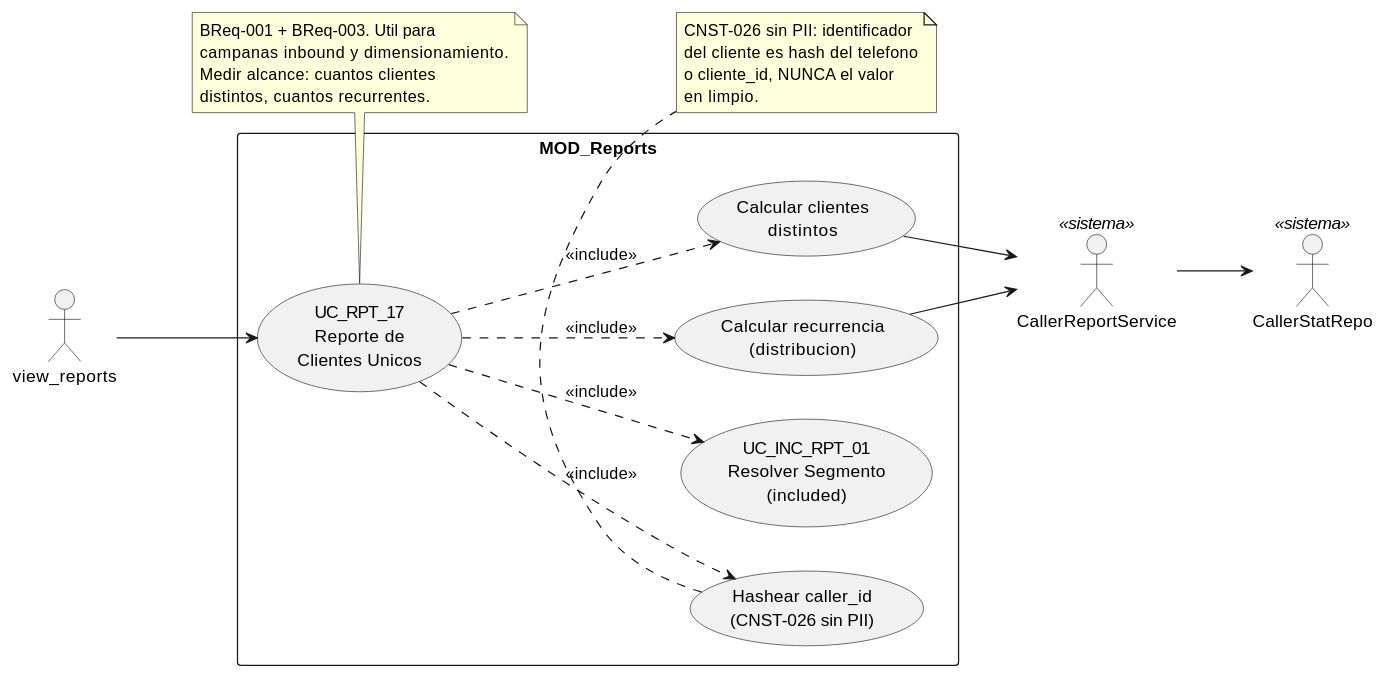
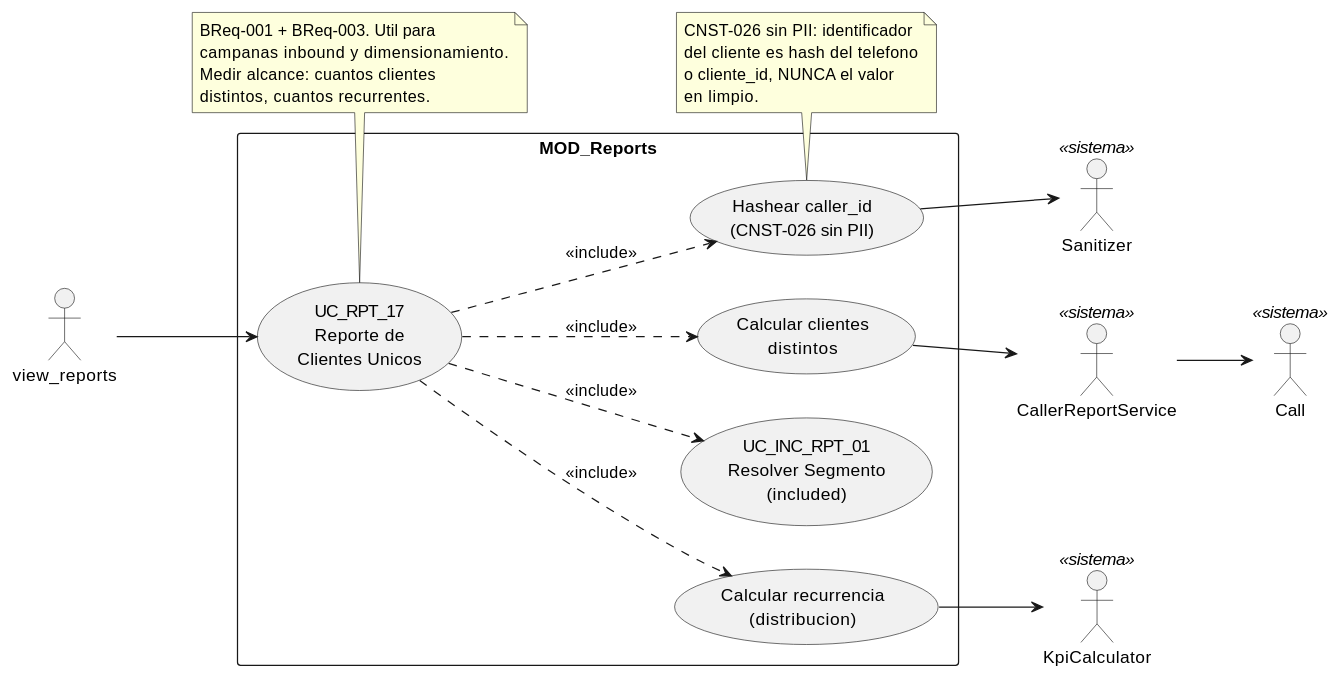
The diagram in source/requisitos/casos-uso/reports/uc-rpt-17/diagramas-uml/diagrama-de-caso-de-uso.rst (jcg-admin/IACT-docs), drawn with PlantUML before and after one commit. The commit also changed other lines of this file and 52 other files, not shown here.

```diff
--- a/source/requisitos/casos-uso/reports/uc-rpt-17/diagramas-uml/diagrama-de-caso-de-uso.rst
+++ b/source/requisitos/casos-uso/reports/uc-rpt-17/diagramas-uml/diagrama-de-caso-de-uso.rst
@@ -4,44 +4,47 @@
 .. uml::
  :caption: UC_RPT_17 — actores y casos asociados
 
  @startuml
 
  left to right direction
 
  actor "view_reports" as INVOKER
  actor "CallerReportService" as SVC <<sistema>>
- actor "CallerStatRepo" as REPO <<sistema>>
+ actor "Sanitizer" as SAN <<sistema>>
+ actor "Call" as CALL <<sistema>>
+ actor "KpiCalculator" as KPI <<sistema>>
 
  rectangle "MOD_Reports" {
    usecase "UC_RPT_17\nReporte de\nClientes Unicos" as UC_RPT_17
    usecase "UC_INC_RPT_01\nResolver Segmento\n(included)" as UC_INC_RPT_01
    usecase "Hashear caller_id\n(CNST-026 sin PII)" as HASH
    usecase "Calcular clientes\ndistintos" as METRIC_UNIQUE
    usecase "Calcular recurrencia\n(distribucion)" as METRIC_RECUR
  }
 
  INVOKER --> UC_RPT_17
  UC_RPT_17 ..> UC_INC_RPT_01 : <<include>>
  UC_RPT_17 ..> HASH : <<include>>
  UC_RPT_17 ..> METRIC_UNIQUE : <<include>>
  UC_RPT_17 ..> METRIC_RECUR : <<include>>
 
+ HASH --> SAN
  METRIC_UNIQUE --> SVC
- METRIC_RECUR --> SVC
- SVC --> REPO
+ METRIC_RECUR --> KPI
+ SVC --> CALL
 
  note bottom of HASH
    CNST-026 sin PII: identificador
    del cliente es hash del telefono
    o cliente_id, NUNCA el valor
    en limpio.
  end note
 
  note bottom of UC_RPT_17
    BReq-001 + BReq-003. Util para
    campanas inbound y dimensionamiento.
    Medir alcance: cuantos clientes
    distintos, cuantos recurrentes.
  end note
 
  @enduml
```
